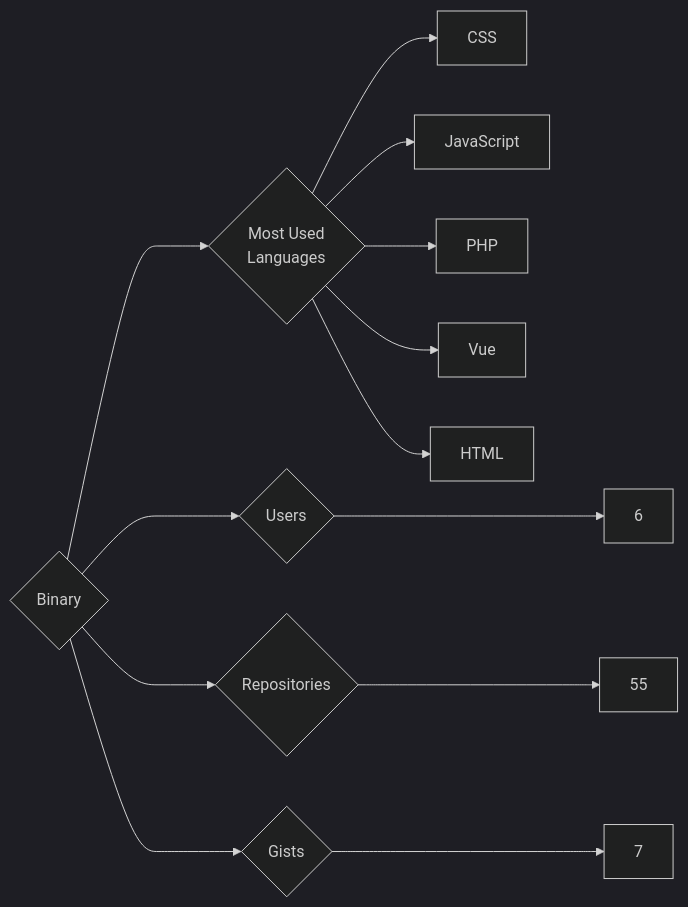
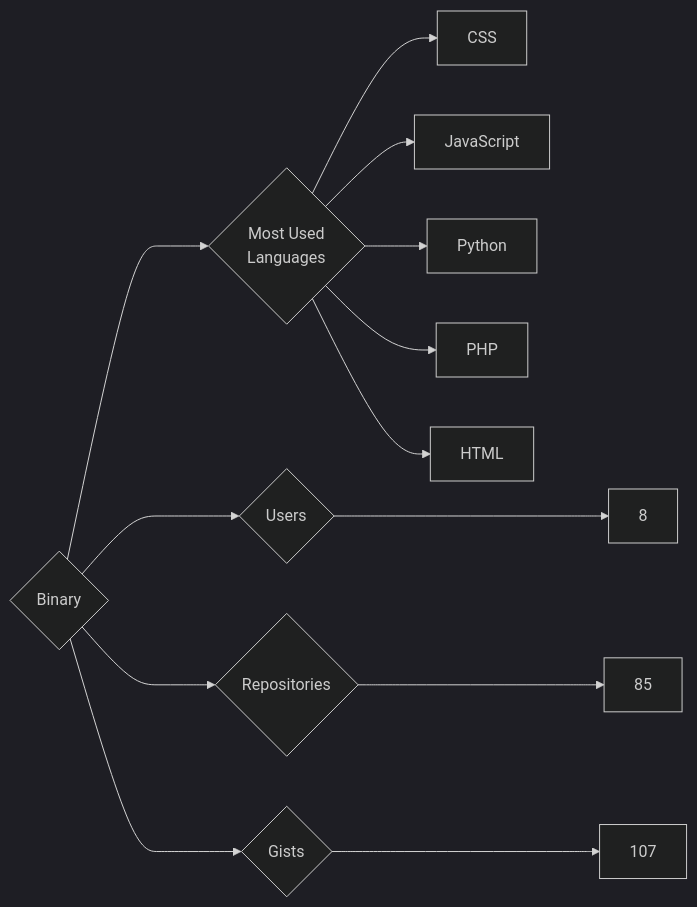
Before and after one commit to trickest/insiders: the diagram in targets/Binary/README.md, drawn with Mermaid (dark theme). The commit also changed 880 other files, not shown here.

````diff
--- a/targets/Binary/README.md
+++ b/targets/Binary/README.md
@@ -3,13 +3,13 @@
 ```mermaid
 graph LR
 COMPANY_NAME{Binary}
-COMPANY_NAME ---> U{Users} ---> UN[6]
-COMPANY_NAME ---> R{Repositories} ---> RN[55]
-COMPANY_NAME ---> G{Gists} ---> GN[7]
+COMPANY_NAME ---> U{Users} ---> UN[8]
+COMPANY_NAME ---> R{Repositories} ---> RN[85]
+COMPANY_NAME ---> G{Gists} ---> GN[107]
 COMPANY_NAME ---> ML{Most Used<br>Languages}
 ML --> CSS[CSS]
 ML --> JavaScript[JavaScript]
+ML --> Python[Python]
 ML --> PHP[PHP]
-ML --> Vue[Vue]
 ML --> HTML[HTML]
 ```
````
